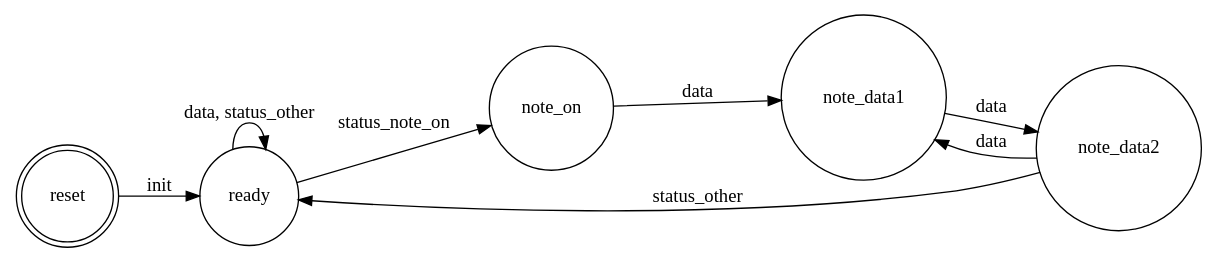
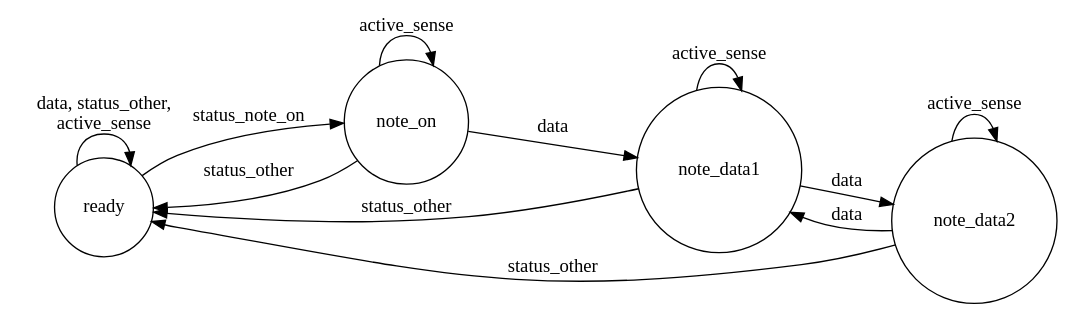
Before and after one commit to marian-muenn/eib-drumcomputer: the diagram in src/midi-interface/sm.dot, drawn with Graphviz. The commit also changed 4 other files, not shown here.

```diff
--- a/src/midi-interface/sm.dot
+++ b/src/midi-interface/sm.dot
@@ -1,12 +1,16 @@
 digraph finite_state_machine {
 	rankdir=LR;
-	node [shape = doublecircle]; reset;
+	node [shape = doublecircle];
 	node [shape = circle]; ready note_on note_data1 note_data2
-	 reset -> ready [label = "init"];
 	 ready -> note_on [label = "status_note_on"];
-	 ready -> ready [label = "data, status_other"];
+	 ready -> ready [label = "data, status_other,\nactive_sense"];
      note_on -> note_data1 [label = "data"];
+     note_on -> note_on[label = "active_sense"];
+     note_on -> ready[label = "status_other"];
      note_data1 -> note_data2 [label= "data"]
+     note_data1-> note_data1[label = "active_sense"];
      note_data2 -> ready [label= "status_other"]
+     note_data2-> note_data2[label = "active_sense"];
+     note_data1 -> ready [label= "status_other"]
      note_data2 -> note_data1 [label= "data"]
 }
```
